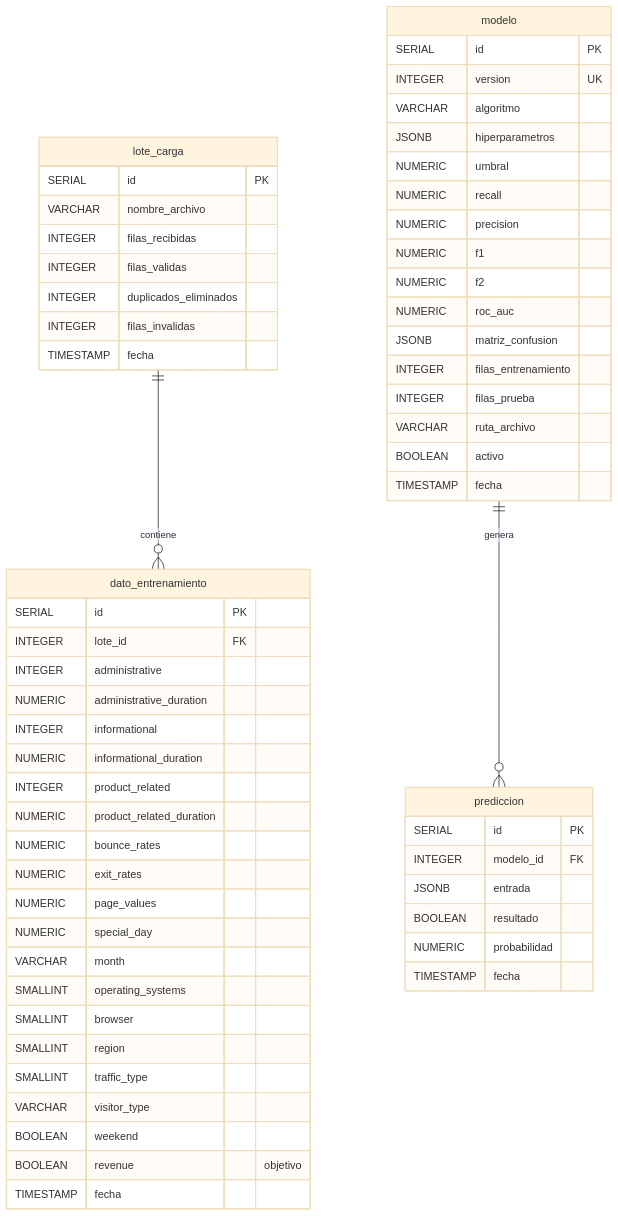
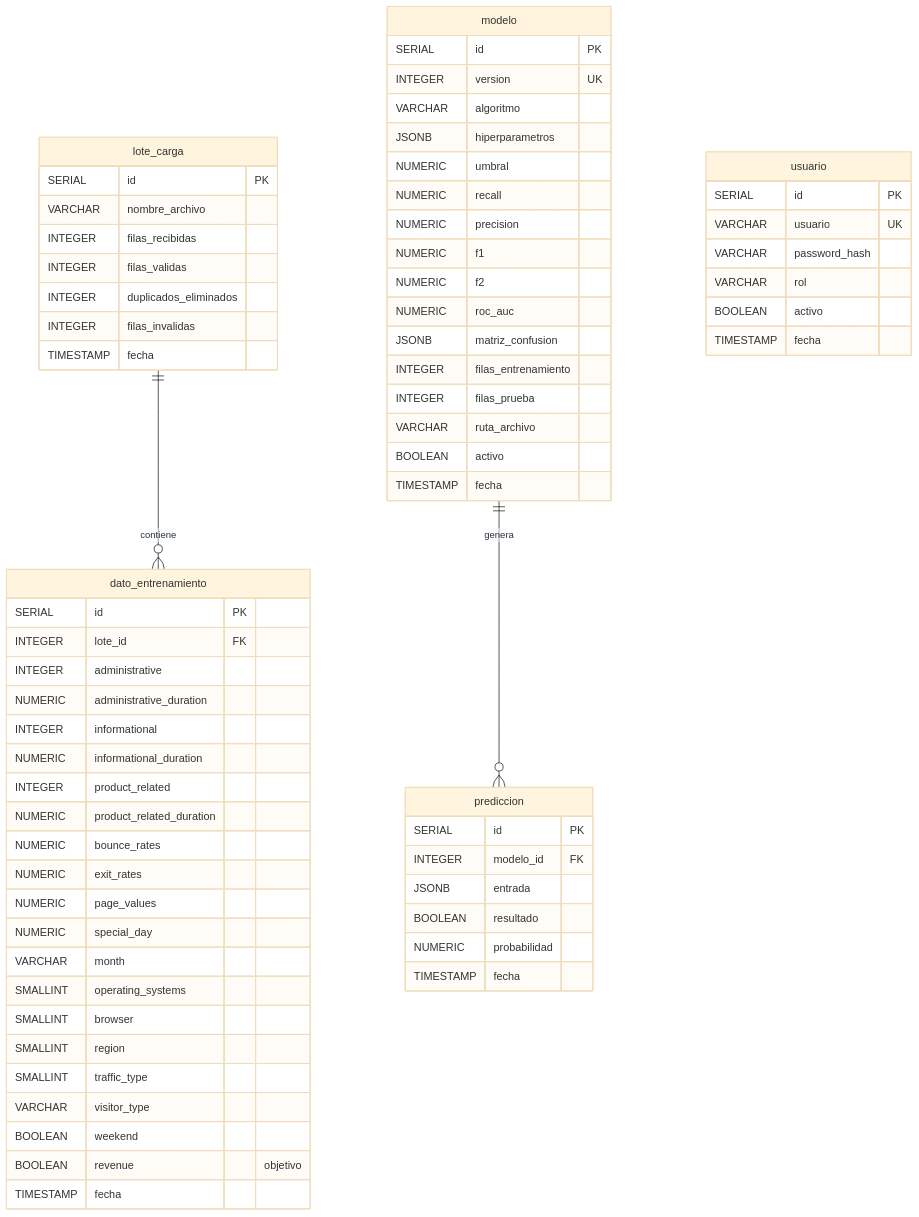
The diagram in db/diagrama_bd.mmd (limbertz-dev/online-shoppers-ia), drawn with Mermaid (base theme) before and after one commit. The commit also changed 15 other files, not shown here.

```diff
--- a/db/diagrama_bd.mmd
+++ b/db/diagrama_bd.mmd
@@ -1,62 +1,70 @@
 erDiagram
     lote_carga ||--o{ dato_entrenamiento : "contiene"
     modelo ||--o{ prediccion : "genera"
 
     lote_carga {
         SERIAL id PK
         VARCHAR nombre_archivo
         INTEGER filas_recibidas
         INTEGER filas_validas
         INTEGER duplicados_eliminados
         INTEGER filas_invalidas
         TIMESTAMP fecha
     }
     dato_entrenamiento {
         SERIAL id PK
         INTEGER lote_id FK
         INTEGER administrative
         NUMERIC administrative_duration
         INTEGER informational
         NUMERIC informational_duration
         INTEGER product_related
         NUMERIC product_related_duration
         NUMERIC bounce_rates
         NUMERIC exit_rates
         NUMERIC page_values
         NUMERIC special_day
         VARCHAR month
         SMALLINT operating_systems
         SMALLINT browser
         SMALLINT region
         SMALLINT traffic_type
         VARCHAR visitor_type
         BOOLEAN weekend
         BOOLEAN revenue "objetivo"
         TIMESTAMP fecha
     }
     modelo {
         SERIAL id PK
         INTEGER version UK
         VARCHAR algoritmo
         JSONB hiperparametros
         NUMERIC umbral
         NUMERIC recall
         NUMERIC precision
         NUMERIC f1
         NUMERIC f2
         NUMERIC roc_auc
         JSONB matriz_confusion
         INTEGER filas_entrenamiento
         INTEGER filas_prueba
         VARCHAR ruta_archivo
         BOOLEAN activo
         TIMESTAMP fecha
     }
     prediccion {
         SERIAL id PK
         INTEGER modelo_id FK
         JSONB entrada
         BOOLEAN resultado
         NUMERIC probabilidad
         TIMESTAMP fecha
     }
+    usuario {
+        SERIAL id PK
+        VARCHAR usuario UK
+        VARCHAR password_hash
+        VARCHAR rol
+        BOOLEAN activo
+        TIMESTAMP fecha
+    }
```
